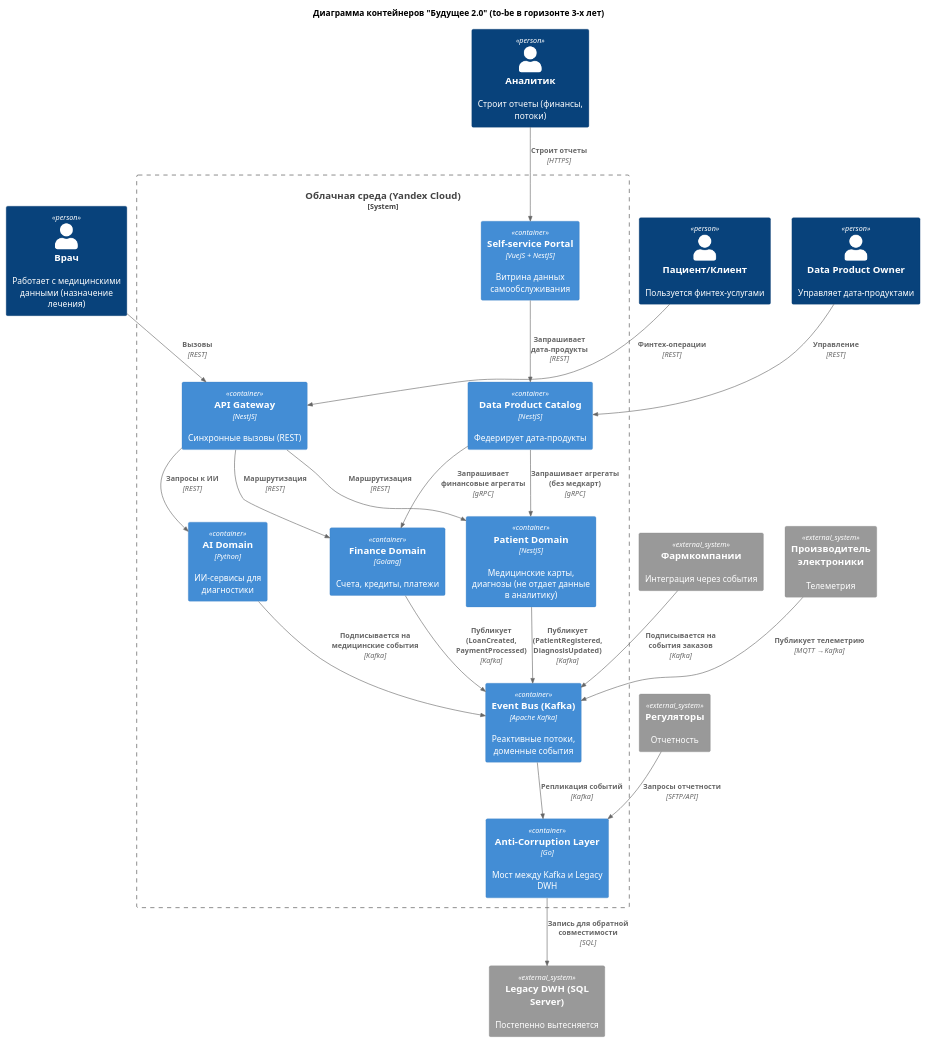
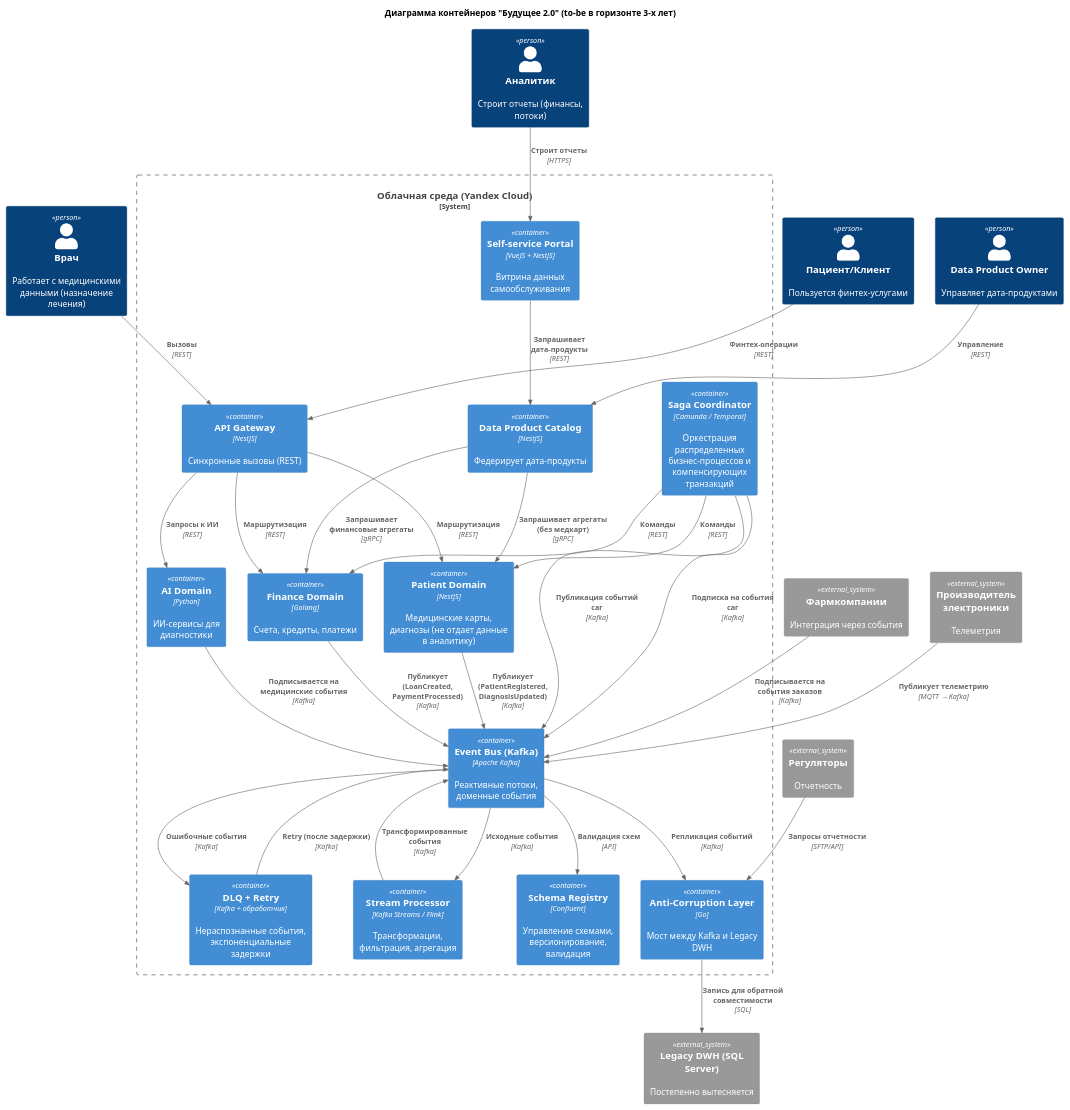
The diagram in Task3Advanced/C4_Container.puml (mirina47/architecture-pro-future_2_0), drawn with PlantUML before and after one commit. The commit also changed 3 other files, not shown here.

```diff
--- a/Task3Advanced/C4_Container.puml
+++ b/Task3Advanced/C4_Container.puml
@@ -1,69 +1,85 @@
 @startuml C4_Container
 !include https://raw.githubusercontent.com/plantuml-stdlib/C4-PlantUML/master/C4_Container.puml
 
 title Диаграмма контейнеров "Будущее 2.0" (to-be в горизонте 3-х лет)
 
 ' Пользователи
 Person(doctor, "Врач", "Работает с медицинскими данными (назначение лечения)")
 Person(analyst, "Аналитик", "Строит отчеты (финансы, потоки)")
 Person(patient, "Пациент/Клиент", "Пользуется финтех-услугами")
 Person(dp_owner, "Data Product Owner", "Управляет дата-продуктами")
 
 ' Облачная среда
 System_Boundary(cloud, "Облачная среда (Yandex Cloud)") {
     ' API Gateway
     Container(api_gw, "API Gateway", "NestJS", "Синхронные вызовы (REST)")
 
-    ' Событийная шина
+    ' Событийная платформа (замена ESB)
     Container(event_bus, "Event Bus (Kafka)", "Apache Kafka", "Реактивные потоки, доменные события")
+    Container(schema_registry, "Schema Registry", "Confluent", "Управление схемами, версионирование, валидация")
+    Container(stream_processor, "Stream Processor", "Kafka Streams / Flink", "Трансформации, фильтрация, агрегация")
+    Container(dlq, "DLQ + Retry", "Kafka + обработчик", "Нераспознанные события, экспоненциальные задержки")
+    Container(saga, "Saga Coordinator", "Camunda / Temporal", "Оркестрация распределенных бизнес-процессов и компенсирующих транзакций")
 
     ' Домены
     Container(patient_domain, "Patient Domain", "NestJS", "Медицинские карты, диагнозы (не отдает данные в аналитику)")
     Container(finance_domain, "Finance Domain", "Golang", "Счета, кредиты, платежи")
     Container(ai_domain, "AI Domain", "Python", "ИИ-сервисы для диагностики")
 
     ' Платформа данных
     Container(data_catalog, "Data Product Catalog", "NestJS", "Федерирует дата-продукты")
     Container(portal_bi, "Self-service Portal", "VueJS + NestJS", "Витрина данных самообслуживания")
 
     ' Антикоррупционные слои (временные)
     Container(acl_legacy, "Anti-Corruption Layer", "Go", "Мост между Kafka и Legacy DWH")
 }
 
 ' Внешние системы
 System_Ext(pharma, "Фармкомпании", "Интеграция через события")
 System_Ext(device_man, "Производитель электроники", "Телеметрия")
 System_Ext(regulator, "Регуляторы", "Отчетность")
 System_Ext(legacy_dwh, "Legacy DWH (SQL Server)", "Постепенно вытесняется")
 
 ' Взаимодействие пользователей 
 Rel(doctor, api_gw, "Вызовы", "REST")
 Rel(analyst, portal_bi, "Строит отчеты", "HTTPS")
 Rel(patient, api_gw, "Финтех-операции", "REST")
 Rel(dp_owner, data_catalog, "Управление", "REST")
 
 ' API Gateway к доменам
 Rel(api_gw, patient_domain, "Маршрутизация", "REST")
 Rel(api_gw, finance_domain, "Маршрутизация", "REST")
 Rel(api_gw, ai_domain, "Запросы к ИИ", "REST")
 
 ' Публикация событий
 Rel(patient_domain, event_bus, "Публикует (PatientRegistered, DiagnosisUpdated)", "Kafka")
 Rel(finance_domain, event_bus, "Публикует (LoanCreated, PaymentProcessed)", "Kafka")
 Rel(ai_domain, event_bus, "Подписывается на медицинские события", "Kafka")
 
 ' Data Mesh и аналитика
 Rel(data_catalog, patient_domain, "Запрашивает агрегаты (без медкарт)", "gRPC")
 Rel(data_catalog, finance_domain, "Запрашивает финансовые агрегаты", "gRPC")
 Rel(portal_bi, data_catalog, "Запрашивает дата-продукты", "REST")
 
 ' Интеграция внешних систем
 Rel(pharma, event_bus, "Подписывается на события заказов", "Kafka")
 Rel(device_man, event_bus, "Публикует телеметрию", "MQTT → Kafka")
 Rel(regulator, acl_legacy, "Запросы отчетности", "SFTP/API")
 
 ' Антикоррупционный слой
 Rel(event_bus, acl_legacy, "Репликация событий", "Kafka")
 Rel(acl_legacy, legacy_dwh, "Запись для обратной совместимости", "SQL")
 
+' ESB replacement: потоки через Schema Registry, Stream Processor, DLQ
+Rel(event_bus, schema_registry, "Валидация схем", "API")
+Rel(event_bus, stream_processor, "Исходные события", "Kafka")
+Rel(stream_processor, event_bus, "Трансформированные события", "Kafka")
+Rel(event_bus, dlq, "Ошибочные события", "Kafka")
+Rel(dlq, event_bus, "Retry (после задержки)", "Kafka")
+
+' Saga оркестрация
+Rel(saga, event_bus, "Подписка на события саг", "Kafka")
+Rel(saga, patient_domain, "Команды", "REST")
+Rel(saga, finance_domain, "Команды", "REST")
+Rel(saga, event_bus, "Публикация событий саг", "Kafka")
 @enduml
```
